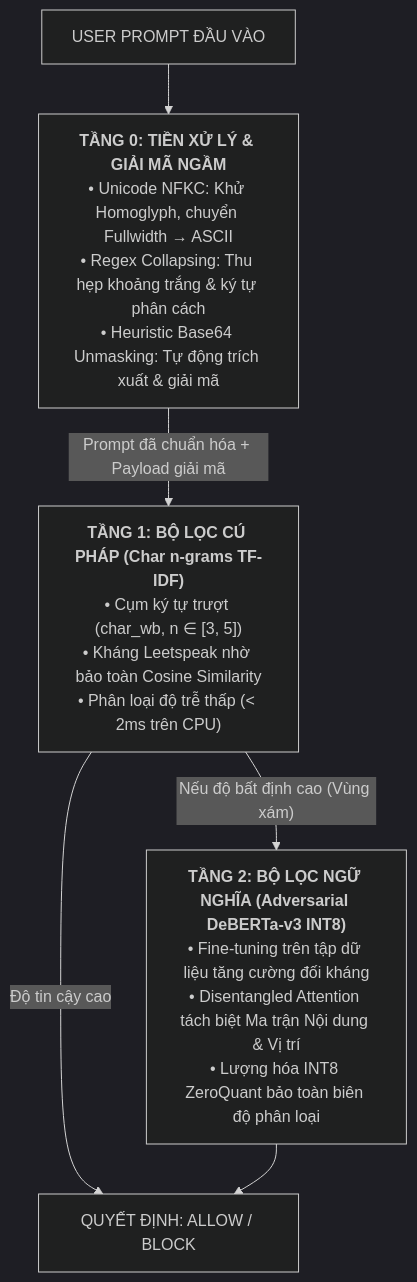
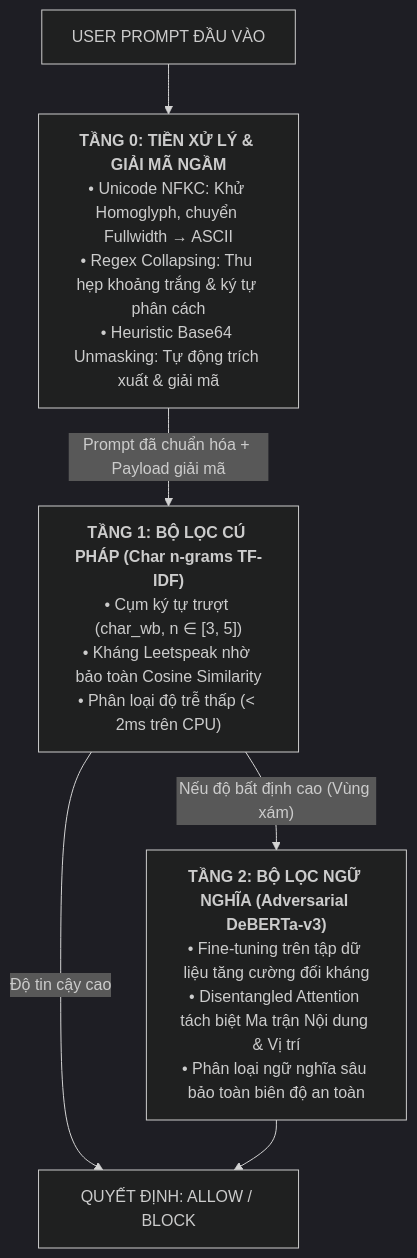
Before and after one commit to nvtruongops/pi-guard: the diagram in Github-Page/robustness/defense_architecture_and_mitigation.md, drawn with Mermaid (dark theme). The commit also changed other lines of this file and 184 other files, not shown here.

Commit message:
chore(sync): đồng bộ tài liệu Luận văn, Meeting 4-5, GitHub Pages và phân hệ tái lập PIGuard ACL 2025

````diff
--- a/Github-Page/robustness/defense_architecture_and_mitigation.md
+++ b/Github-Page/robustness/defense_architecture_and_mitigation.md
@@ -12,14 +12,14 @@
 ```mermaid
 flowchart TD
     User["USER PROMPT ĐẦU VÀO"]
     T0["<b>TẦNG 0: TIỀN XỬ LÝ & GIẢI MÃ NGẦM</b><br/>• Unicode NFKC: Khử Homoglyph, chuyển Fullwidth &rarr; ASCII<br/>• Regex Collapsing: Thu hẹp khoảng trắng & ký tự phân cách<br/>• Heuristic Base64 Unmasking: Tự động trích xuất & giải mã"]
     T1["<b>TẦNG 1: BỘ LỌC CÚ PHÁP (Char n-grams TF-IDF)</b><br/>• Cụm ký tự trượt (char_wb, n &in; [3, 5])<br/>• Kháng Leetspeak nhờ bảo toàn Cosine Similarity<br/>• Phân loại độ trễ thấp (&lt; 2ms trên CPU)"]
-    T2["<b>TẦNG 2: BỘ LỌC NGỮ NGHĨA (Adversarial DeBERTa-v3 INT8)</b><br/>• Fine-tuning trên tập dữ liệu tăng cường đối kháng<br/>• Disentangled Attention tách biệt Ma trận Nội dung & Vị trí<br/>• Lượng hóa INT8 ZeroQuant bảo toàn biên độ phân loại"]
+    T2["<b>TẦNG 2: BỘ LỌC NGỮ NGHĨA (Adversarial DeBERTa-v3)</b><br/>• Fine-tuning trên tập dữ liệu tăng cường đối kháng<br/>• Disentangled Attention tách biệt Ma trận Nội dung & Vị trí<br/>• Phân loại ngữ nghĩa sâu bảo toàn biên độ an toàn"]
     Decision["QUYẾT ĐỊNH: ALLOW / BLOCK"]
 
     User --> T0
     T0 -->|"Prompt đã chuẩn hóa + Payload giải mã"| T1
     T1 -->|"Nếu độ bất định cao (Vùng xám)"| T2
     T1 -->|Độ tin cậy cao| Decision
     T2 --> Decision
 ```
````
